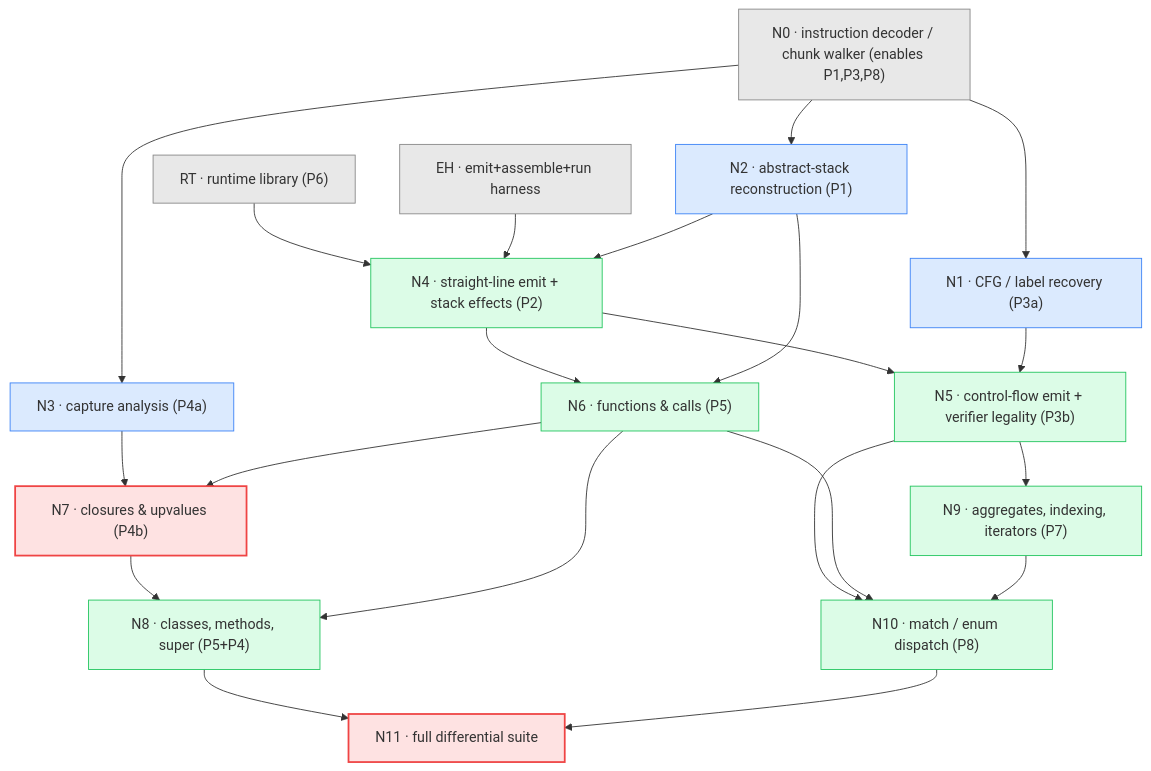
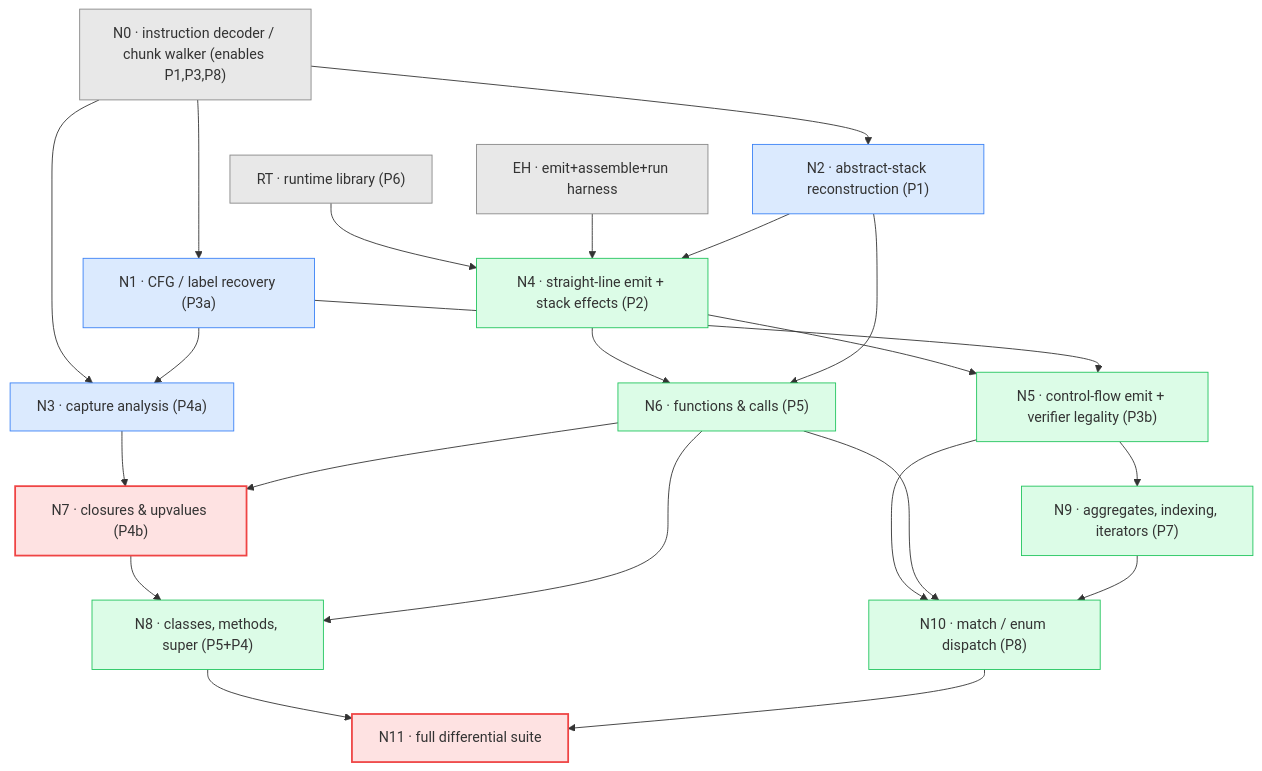
One commit to txloc1909/loxpp changed the diagram in notes/backend-implementation-dag.md. Above: the diagram before and after it, drawn with Mermaid. The commit also changed other lines of this file, not shown here.

````diff
--- a/notes/backend-implementation-dag.md
+++ b/notes/backend-implementation-dag.md
@@ -96,51 +96,52 @@
 ```mermaid
 graph TD
     RT["RT · runtime library (P6)"]:::infra
     EH["EH · emit+assemble+run harness"]:::infra
     DEC["N0 · instruction decoder / chunk walker (enables P1,P3,P8)"]:::infra
 
     ABS["N2 · abstract-stack reconstruction (P1)"]:::analysis
     CFG["N1 · CFG / label recovery (P3a)"]:::analysis
     CAP["N3 · capture analysis (P4a)"]:::analysis
 
     SL["N4 · straight-line emit + stack effects (P2)"]:::emit
     CF["N5 · control-flow emit + verifier legality (P3b)"]:::emit
     FN["N6 · functions & calls (P5)"]:::emit
     CLO["N7 · closures & upvalues (P4b)"]:::gate
     OOP["N8 · classes, methods, super (P5+P4)"]:::emit
     AGG["N9 · aggregates, indexing, iterators (P7)"]:::emit
     MAT["N10 · match / enum dispatch (P8)"]:::emit
 
     DIFF["N11 · full differential suite"]:::gate
 
     DEC --> ABS
     DEC --> CFG
     DEC --> CAP
+    CFG --> CAP
 
     RT --> SL
     EH --> SL
     ABS --> SL
 
     SL --> CF
     CFG --> CF
     SL --> FN
 
     ABS --> FN
     CAP --> CLO
     FN --> CLO
 
     CLO --> OOP
     FN --> OOP
     CF --> AGG
     CF --> MAT
     FN --> MAT
     AGG --> MAT
 
     OOP --> DIFF
     MAT --> DIFF
 
     classDef infra fill:#e8e8e8,stroke:#888;
     classDef analysis fill:#dbeafe,stroke:#3b82f6;
     classDef emit fill:#dcfce7,stroke:#22c55e;
     classDef gate fill:#fee2e2,stroke:#ef4444,stroke-width:2px;
 ```
````
